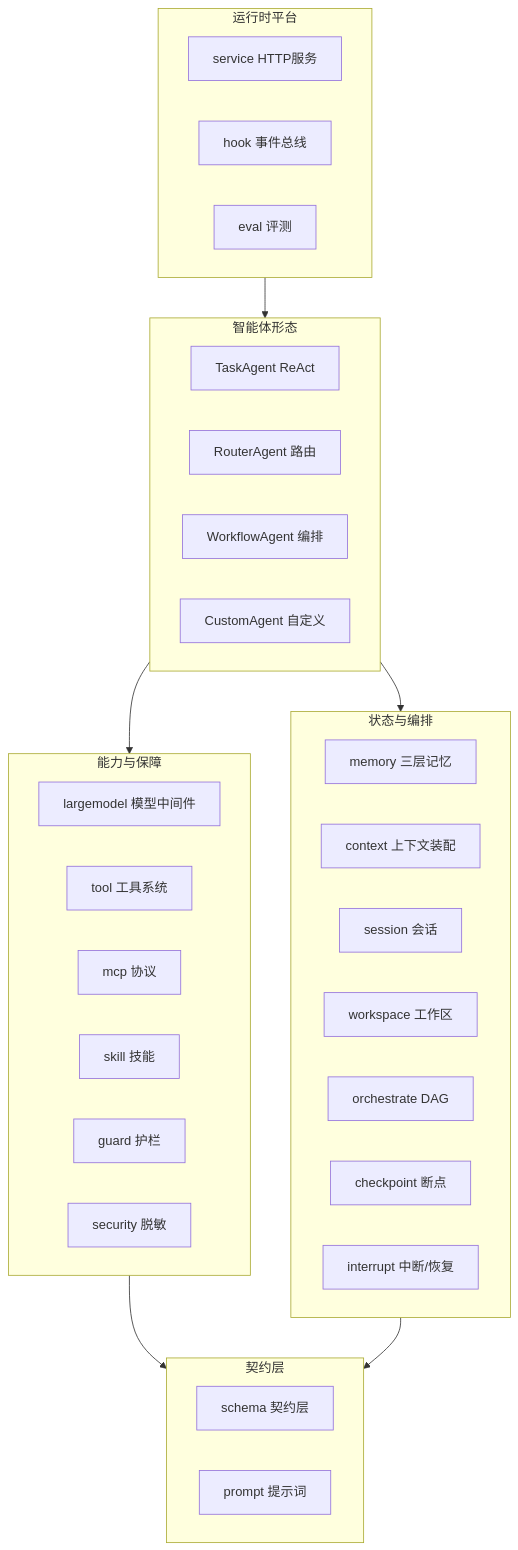
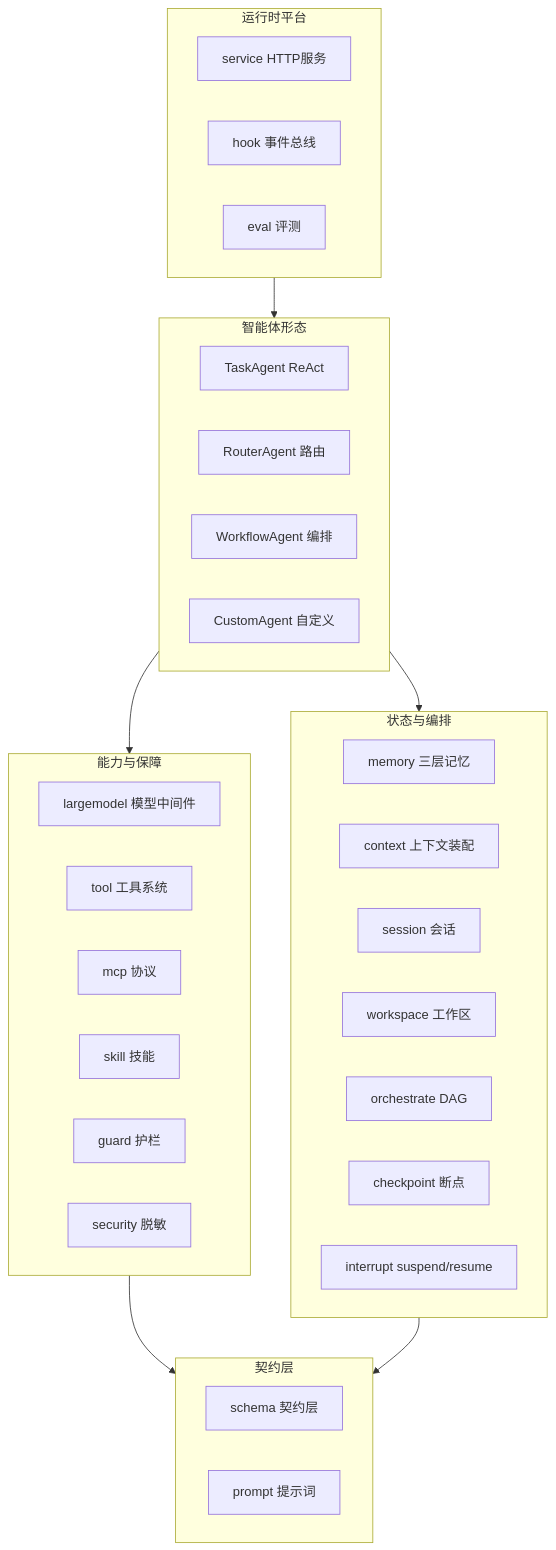
One commit to vogo/vage changed the first of 2 diagrams in doc/architecture/architecture.md. Above: the diagram before and after it, drawn with Mermaid. The commit also changed other lines of this file and 22 other files, not shown here.

````diff
--- a/doc/architecture/architecture.md
+++ b/doc/architecture/architecture.md
@@ -9,41 +9,41 @@
 ```mermaid
 graph TD
     subgraph L4[运行时平台]
         service[service HTTP服务]
         hook[hook 事件总线]
         eval[eval 评测]
     end
     subgraph L3[智能体形态]
         task[TaskAgent ReAct]
         router[RouterAgent 路由]
         workflow[WorkflowAgent 编排]
         custom[CustomAgent 自定义]
     end
     subgraph L2[能力与保障]
         model[largemodel 模型中间件]
         tool[tool 工具系统]
         mcp[mcp 协议]
         skill[skill 技能]
         guard[guard 护栏]
         security[security 脱敏]
     end
     subgraph L1[状态与编排]
         memory[memory 三层记忆]
         vctx[context 上下文装配]
         session[session 会话]
         workspace[workspace 工作区]
         orchestrate[orchestrate DAG]
         checkpoint[checkpoint 断点]
-        interrupt[interrupt 中断/恢复]
+        interrupt[interrupt suspend/resume]
     end
     subgraph L0[契约层]
         schema[schema 契约层]
         prompt[prompt 提示词]
     end
 
     L4 --> L3
     L3 --> L2
     L3 --> L1
     L2 --> L0
     L1 --> L0
 ```
````
